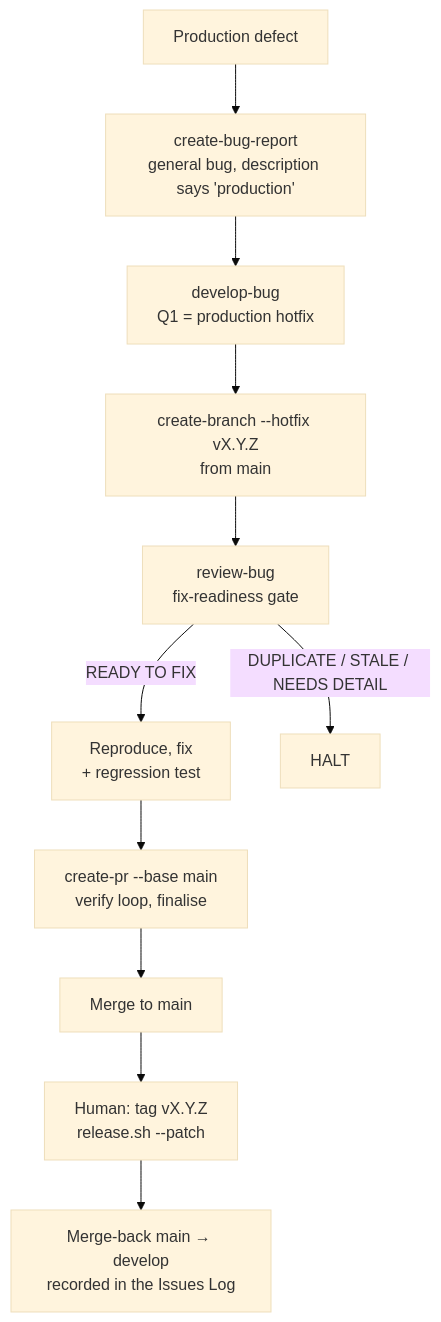
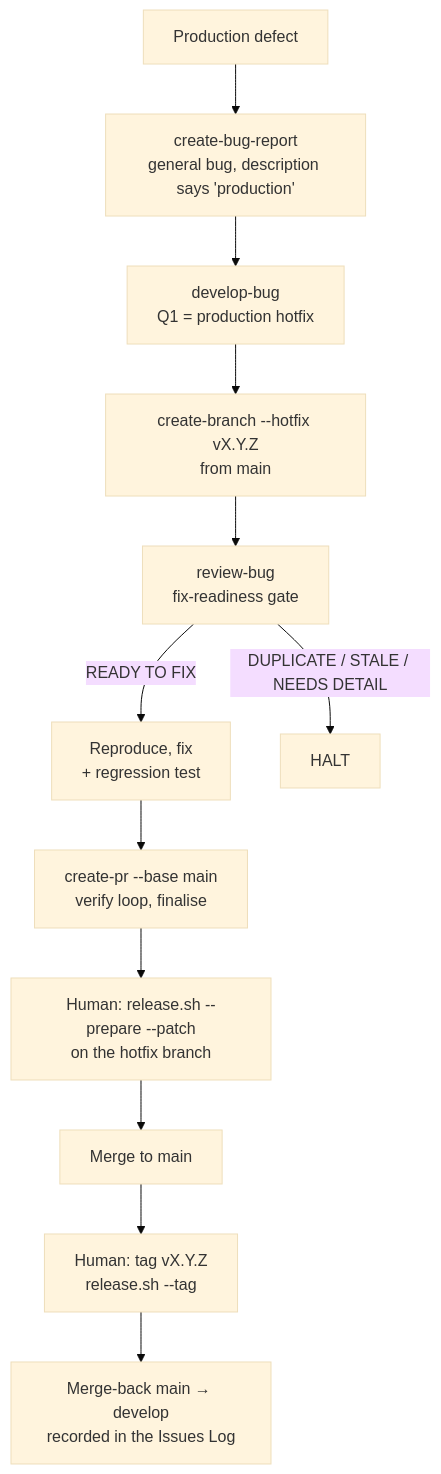
One commit to Gamaroff/agent-skills changed the diagram in docs/runbooks/hotfix.md. Above: the diagram before and after it, drawn with Mermaid (base theme). The commit also changed other lines of this file and 6 other files, not shown here.

First line of the commit message:
fix(release): make the release commit on develop; main is only tagged

````diff
--- a/docs/runbooks/hotfix.md
+++ b/docs/runbooks/hotfix.md
@@ -46,13 +46,14 @@
 ```mermaid
 flowchart TD
     A[Production defect] --> B[create-bug-report<br/>general bug, description says 'production']
     B --> C[develop-bug<br/>Q1 = production hotfix]
     C --> D[create-branch --hotfix vX.Y.Z<br/>from main]
     D --> E[review-bug<br/>fix-readiness gate]
     E -->|READY TO FIX| F[Reproduce, fix<br/>+ regression test]
     E -->|DUPLICATE / STALE / NEEDS DETAIL| H[HALT]
     F --> G[create-pr --base main<br/>verify loop, finalise]
-    G --> I[Merge to main]
-    I --> J[Human: tag vX.Y.Z<br/>release.sh --patch]
+    G --> P[Human: release.sh --prepare --patch<br/>on the hotfix branch]
+    P --> I[Merge to main]
+    I --> J[Human: tag vX.Y.Z<br/>release.sh --tag]
     J --> K[Merge-back main → develop<br/>recorded in the Issues Log]
 ```
````
